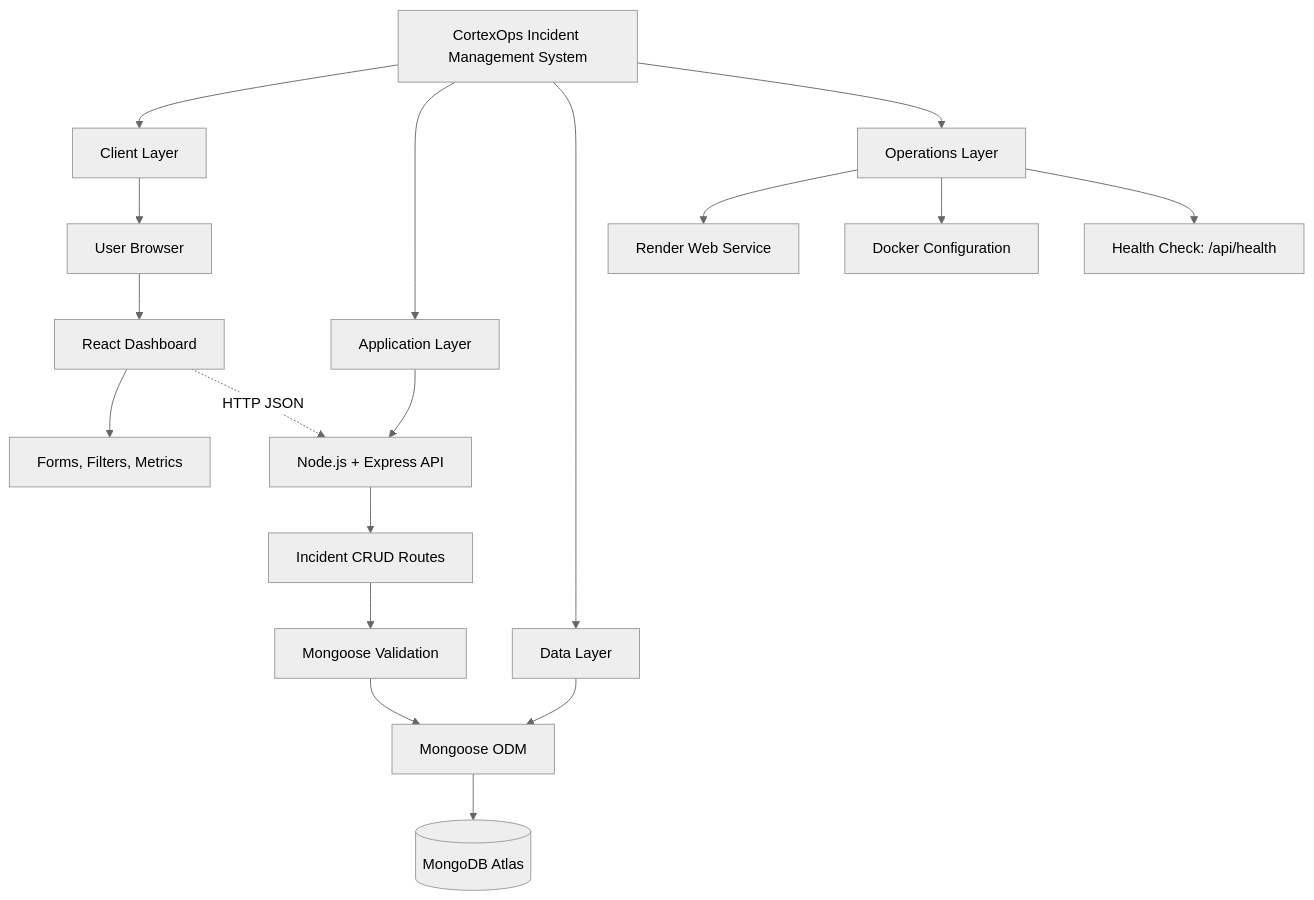
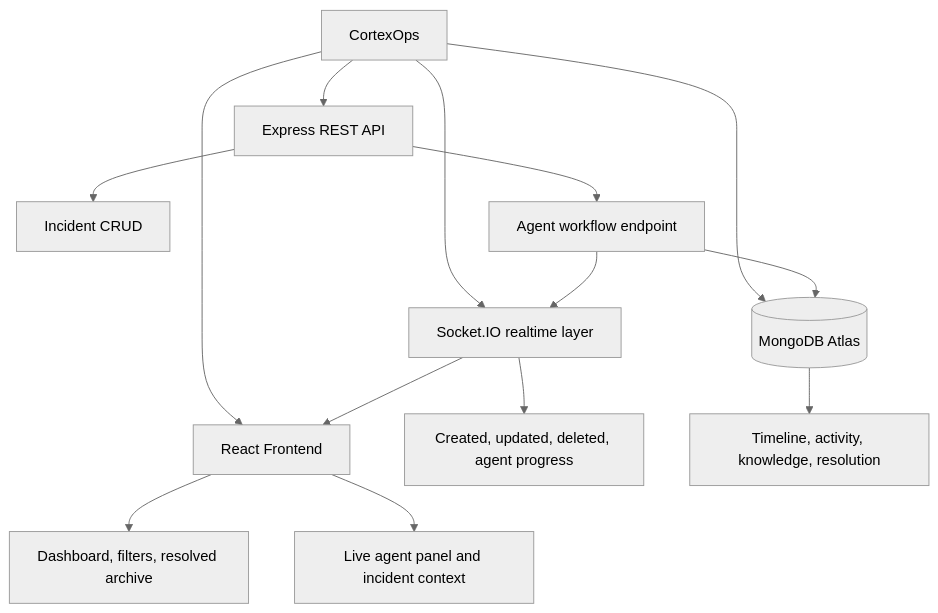
One commit to kuldeeppatil2911/cortexops changed the first of 4 diagrams in README.md. Above: the diagram before and after it, drawn with Mermaid (neutral theme). The commit also changed other lines of this file and 5 other files, not shown here.

Commit message:
Implement live incident agent workflow

````diff
--- a/README.md
+++ b/README.md
@@ -35,26 +39,17 @@
 ```mermaid
 flowchart TD
-    ROOT[CortexOps Incident Management System]
-
-    ROOT --> CLIENT[Client Layer]
-    CLIENT --> BROWSER[User Browser]
-    BROWSER --> REACT[React Dashboard]
-    REACT --> UI[Forms, Filters, Metrics]
-
-    ROOT --> SERVER[Application Layer]
-    SERVER --> EXPRESS[Node.js + Express API]
-    EXPRESS --> ROUTES[Incident CRUD Routes]
-    ROUTES --> VALIDATION[Mongoose Validation]
-
-    ROOT --> DATA[Data Layer]
-    DATA --> MONGOOSE[Mongoose ODM]
-    MONGOOSE --> MONGO[(MongoDB Atlas)]
-
-    ROOT --> OPS[Operations Layer]
-    OPS --> RENDER[Render Web Service]
-    OPS --> DOCKER[Docker Configuration]
-    OPS --> HEALTH[Health Check: /api/health]
-
-    REACT -. HTTP JSON .-> EXPRESS
-    VALIDATION --> MONGOOSE
+    ROOT[CortexOps]
+    ROOT --> CLIENT[React Frontend]
+    CLIENT --> DASH[Dashboard, filters, resolved archive]
+    CLIENT --> AGENT_UI[Live agent panel and incident context]
+    ROOT --> API[Express REST API]
+    API --> INCIDENTS[Incident CRUD]
+    API --> AGENT[Agent workflow endpoint]
+    ROOT --> REALTIME[Socket.IO realtime layer]
+    REALTIME --> EVENTS[Created, updated, deleted, agent progress]
+    ROOT --> DATA[(MongoDB Atlas)]
+    DATA --> HISTORY[Timeline, activity, knowledge, resolution]
+    AGENT --> DATA
+    AGENT --> REALTIME
+    REALTIME --> CLIENT
 ```
````
